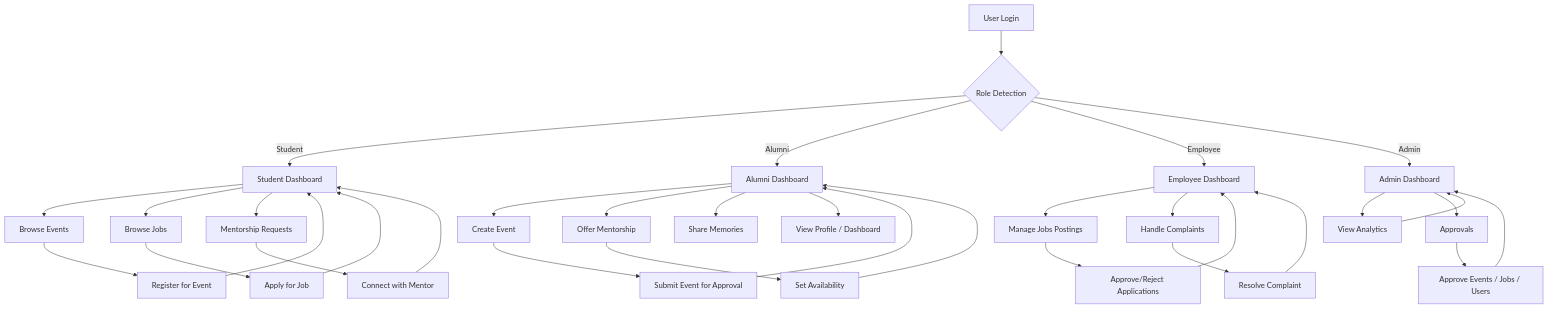
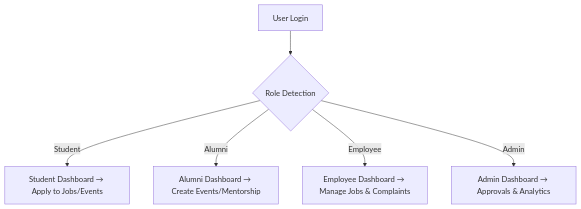
One commit to SRUJA-N/allumini_data_managment_platform changed the diagram in README.md. Above: the diagram before and after it, drawn with Mermaid.

````diff
--- a/README.md
+++ b/README.md
@@ -66,41 +66,10 @@
 ```mermaid
 flowchart TD
   A[User Login] --> B{Role Detection}
-  B -->|Student| C1[Student Dashboard]
-  B -->|Alumni| C2[Alumni Dashboard]
-  B -->|Employee| C3[Employee Dashboard]
-  B -->|Admin| C4[Admin Dashboard]
+  B -->|Student| C[Student Dashboard → Apply to Jobs/Events]
+  B -->|Alumni| D[Alumni Dashboard → Create Events/Mentorship]
+  B -->|Employee| E[Employee Dashboard → Manage Jobs & Complaints]
+  B -->|Admin| F[Admin Dashboard → Approvals & Analytics]
 
-  C1 --> S1[Browse Events]
-  C1 --> S2[Browse Jobs]
-  C1 --> S3[Mentorship Requests]
-  S1 --> S1a[Register for Event]
-  S2 --> S2a[Apply for Job]
-  S3 --> S3a[Connect with Mentor]
-  S1a --> C1
-  S2a --> C1
-  S3a --> C1
-
-  C2 --> A1[Create Event]
-  C2 --> A2[Offer Mentorship]
-  C2 --> A3[Share Memories]
-  C2 --> A4[View Profile / Dashboard]
-  A1 --> A1a[Submit Event for Approval]
-  A2 --> A2a[Set Availability]
-  A1a --> C2
-  A2a --> C2
-  
-  C3 --> E1[Manage Jobs Postings]
-  C3 --> E2[Handle Complaints]
-  E1 --> E1a[Approve/Reject Applications]
-  E2 --> E2a[Resolve Complaint]
-  E1a --> C3
-  E2a --> C3
-
-  C4 --> D1[View Analytics]
-  C4 --> D2[Approvals]
-  D2 --> D2a[Approve Events / Jobs / Users]
-  D2a --> C4
-  D1 --> C4
 
 ```
````
